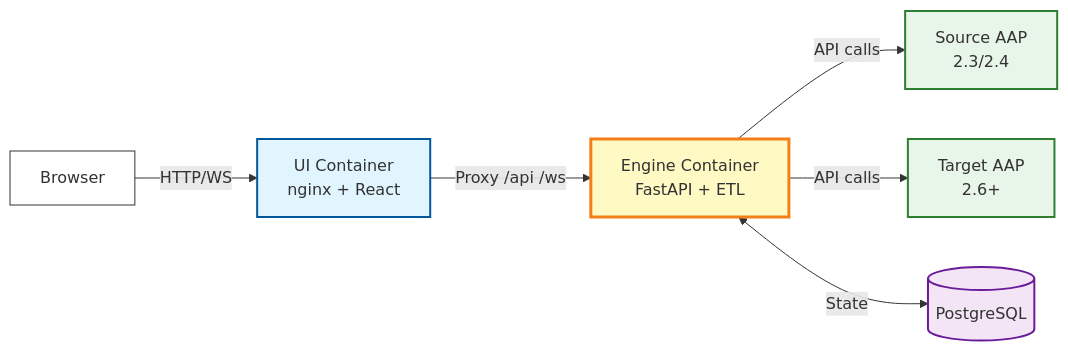
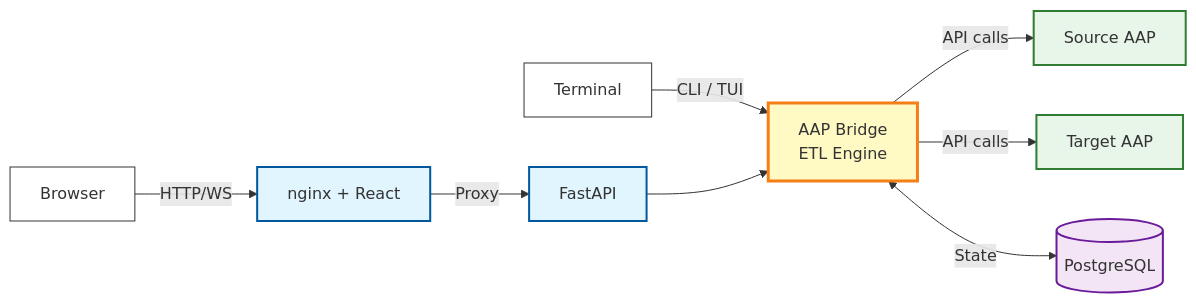
Before and after one commit to djdanielsson/aap-bridge: the diagram in docs/index.md, drawn with Mermaid. The commit also changed other lines of this file and 3 other files, not shown here.

First line of the commit message:
docs: cover all 3 deployment modes (local, container CLI, web UI)

````diff
--- a/docs/index.md
+++ b/docs/index.md
@@ -58,15 +58,19 @@
 ```mermaid
 graph LR
-    U[Browser] -->|HTTP/WS| UI[UI Container<br/>nginx + React]
-    UI -->|Proxy /api /ws| E[Engine Container<br/>FastAPI + ETL]
-    E -->|API calls| A[Source AAP<br/>2.3/2.4]
-    E -->|API calls| C[Target AAP<br/>2.6+]
-    E <-->|State| D[(PostgreSQL)]
+    T[Terminal] -->|CLI / TUI| B[AAP Bridge<br/>ETL Engine]
+    U[Browser] -->|HTTP/WS| UI[nginx + React]
+    UI -->|Proxy| API[FastAPI]
+    API --> B
+    B -->|API calls| A[Source AAP]
+    B -->|API calls| C[Target AAP]
+    B <-->|State| D[(PostgreSQL)]
 
+    style T fill:#fff,stroke:#333
     style U fill:#fff,stroke:#333
     style UI fill:#e1f5ff,stroke:#01579b,stroke-width:2px
-    style E fill:#fff9c4,stroke:#f57f17,stroke-width:3px
+    style API fill:#e1f5ff,stroke:#01579b,stroke-width:2px
+    style B fill:#fff9c4,stroke:#f57f17,stroke-width:3px
     style A fill:#e8f5e9,stroke:#2e7d32,stroke-width:2px
     style C fill:#e8f5e9,stroke:#2e7d32,stroke-width:2px
     style D fill:#f3e5f5,stroke:#6a1b9a,stroke-width:2px
 ```
````
